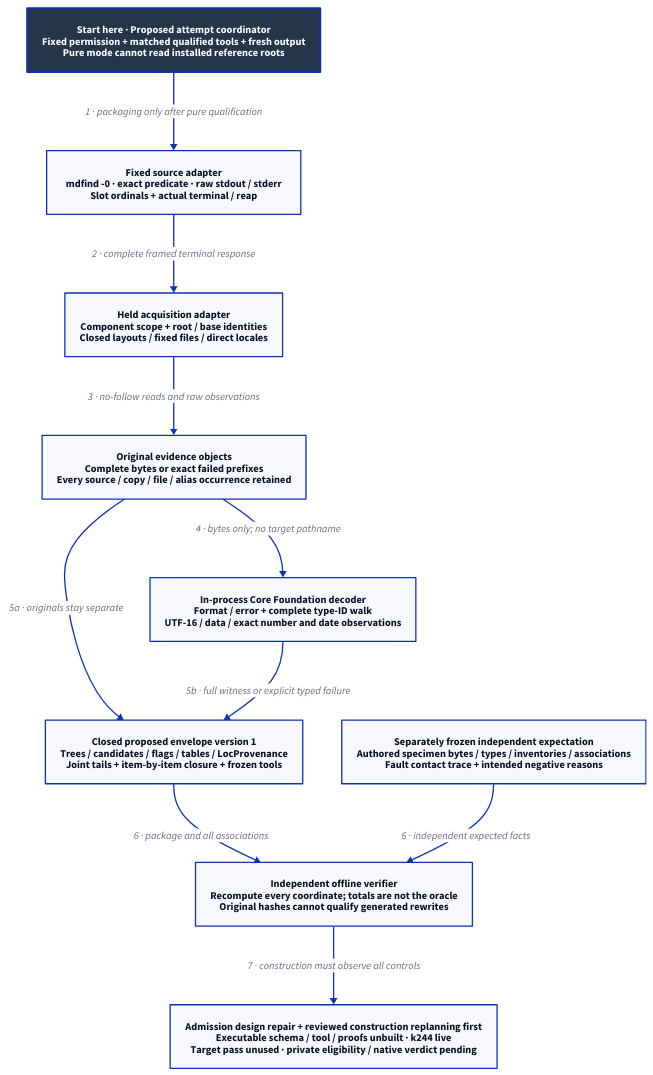
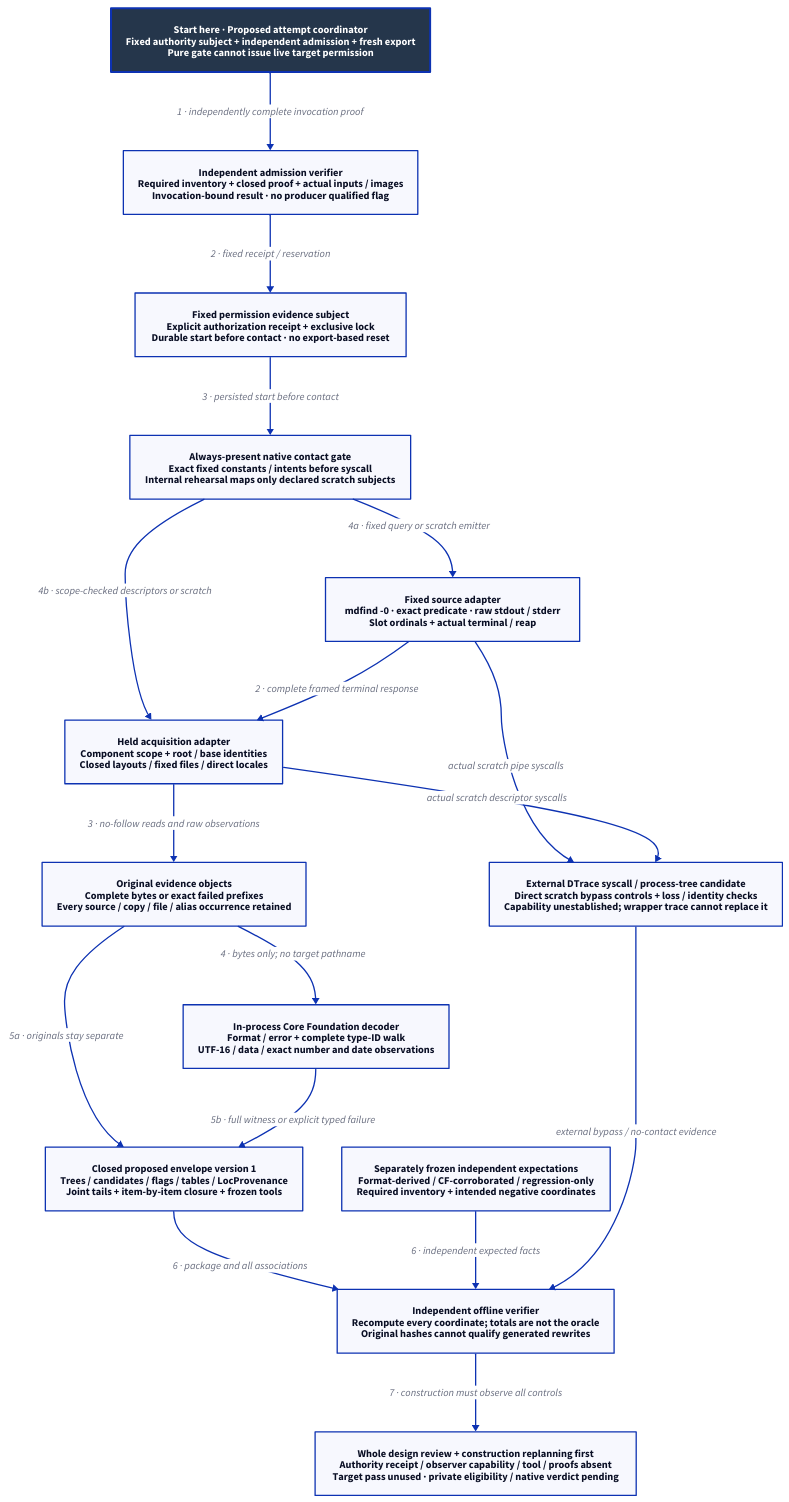
Before and after one commit to Linkuistics/Koine: the diagram in docs/design/architecture/native-reference-instrument.d2, drawn with D2. The commit also changed 38 other files, not shown here.

Commit message:
Design independent reference-evidence admission (reference-evidence-admission-k268)

```diff
--- a/docs/design/architecture/native-reference-instrument.d2
+++ b/docs/design/architecture/native-reference-instrument.d2
@@ -1,23 +1,34 @@
 # Proposed evidence-tool components; none is implemented or qualified by this design.
 direction: down
 classes: {
   start: {style: {fill: "#25364B"; font-color: "#FFFFFF"; bold: true; stroke-width: 3}}
 }
-Start: "Start here · Proposed attempt coordinator\nFixed permission + matched qualified tools + fresh output\nPure mode cannot read installed reference roots" {class: start}
+Start: "Start here · Proposed attempt coordinator\nFixed authority subject + independent admission + fresh export\nPure gate cannot issue live target permission" {class: start}
+Admission: "Independent admission verifier\nRequired inventory + closed proof + actual inputs / images\nInvocation-bound result · no producer qualified flag"
+Authority: "Fixed permission evidence subject\nExplicit authorization receipt + exclusive lock\nDurable start before contact · no export-based reset"
+Gate: "Always-present native contact gate\nExact fixed constants / intents before syscall\nInternal rehearsal maps only declared scratch subjects"
 Source: "Fixed source adapter\nmdfind -0 · exact predicate · raw stdout / stderr\nSlot ordinals + actual terminal / reap"
 Held: "Held acquisition adapter\nComponent scope + root / base identities\nClosed layouts / fixed files / direct locales"
 Objects: "Original evidence objects\nComplete bytes or exact failed prefixes\nEvery source / copy / file / alias occurrence retained"
 Decoder: "In-process Core Foundation decoder\nFormat / error + complete type-ID walk\nUTF-16 / data / exact number and date observations"
 Envelope: "Closed proposed envelope version 1\nTrees / candidates / flags / tables / LocProvenance\nJoint tails + item-by-item closure + frozen tools"
-Oracle: "Separately frozen independent expectation\nAuthored specimen bytes / types / inventories / associations\nFault contact trace + intended negative reasons"
+Oracle: "Separately frozen independent expectations\nFormat-derived / CF-corroborated / regression-only\nRequired inventory + intended negative coordinates"
+Observer: "External DTrace syscall / process-tree candidate\nDirect scratch bypass controls + loss / identity checks\nCapability unestablished; wrapper trace cannot replace it"
 Verifier: "Independent offline verifier\nRecompute every coordinate; totals are not the oracle\nOriginal hashes cannot qualify generated rewrites"
-Boundary: "Admission design repair + reviewed construction replanning first\nExecutable schema / tool / proofs unbuilt · k244 live\nTarget pass unused · private eligibility / native verdict pending"
-Start -> Source: "1 · packaging only after pure qualification"
+Boundary: "Whole design review + construction replanning first\nAuthority receipt / observer capability / tool / proofs absent\nTarget pass unused · private eligibility / native verdict pending"
+Start -> Admission: "1 · independently complete invocation proof"
+Admission -> Authority: "2 · fixed receipt / reservation"
+Authority -> Gate: "3 · persisted start before contact"
+Gate -> Source: "4a · fixed query or scratch emitter"
+Gate -> Held: "4b · scope-checked descriptors or scratch"
 Source -> Held: "2 · complete framed terminal response"
 Held -> Objects: "3 · no-follow reads and raw observations"
 Objects -> Decoder: "4 · bytes only; no target pathname"
 Objects -> Envelope: "5a · originals stay separate"
 Decoder -> Envelope: "5b · full witness or explicit typed failure"
 Envelope -> Verifier: "6 · package and all associations"
 Oracle -> Verifier: "6 · independent expected facts"
+Source -> Observer: "actual scratch pipe syscalls"
+Held -> Observer: "actual scratch descriptor syscalls"
+Observer -> Verifier: "external bypass / no-contact evidence"
 Verifier -> Boundary: "7 · construction must observe all controls"
```
